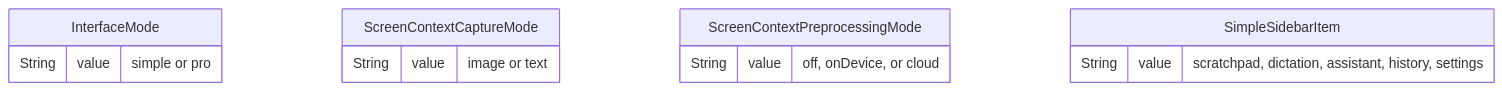
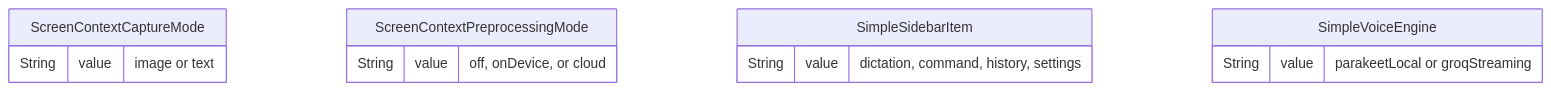
The sixth of 10 diagrams in datamodel.md (dkapo88/WonderWhisper-macOS), drawn with Mermaid before and after one commit. The commit also changed other lines of this file and 39 other files, not shown here.

````diff
--- a/datamodel.md
+++ b/datamodel.md
@@ -273,18 +224,18 @@
 ```mermaid
 erDiagram
-    InterfaceMode {
-        String value "simple or pro"
-    }
-    
     ScreenContextCaptureMode {
         String value "image or text"
     }
     
     ScreenContextPreprocessingMode {
         String value "off, onDevice, or cloud"
     }
     
     SimpleSidebarItem {
-        String value "scratchpad, dictation, assistant, history, settings"
+        String value "dictation, command, history, settings"
+    }
+    
+    SimpleVoiceEngine {
+        String value "parakeetLocal or groqStreaming"
     }
 ```
````
